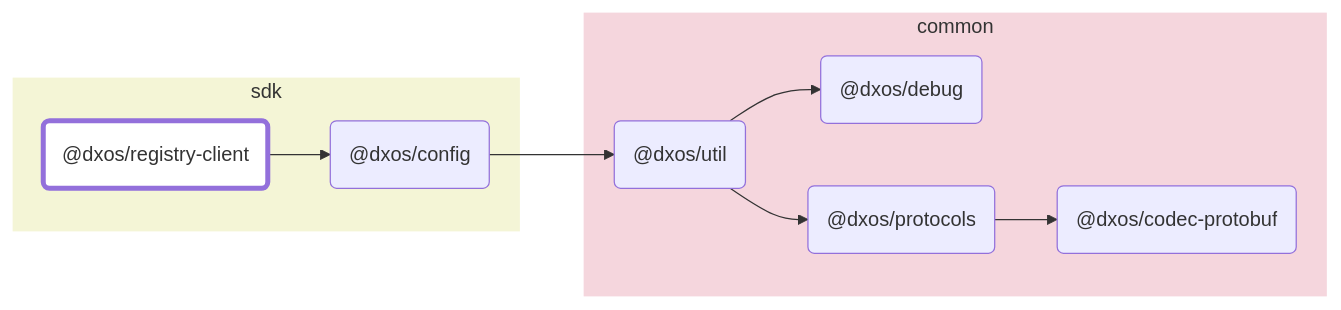
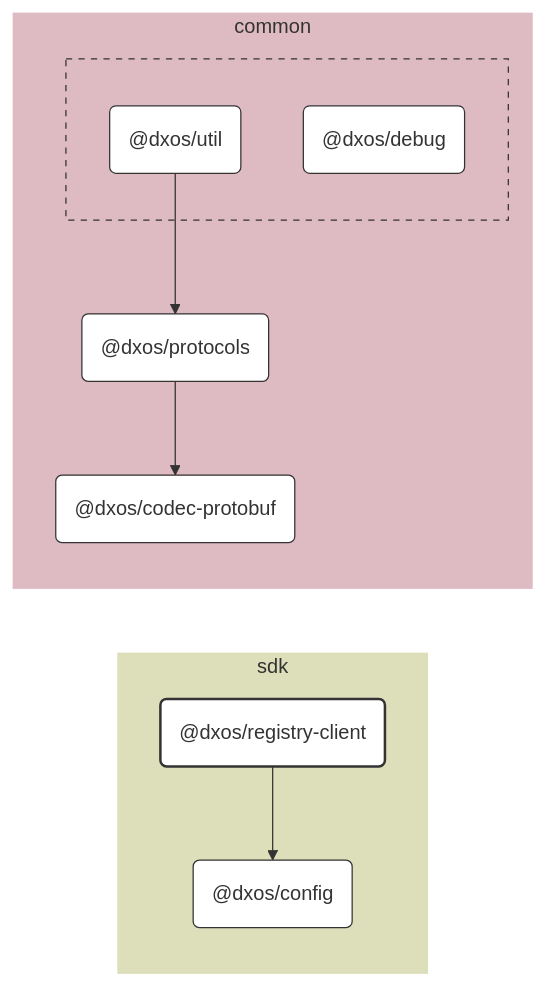
Before and after one commit to dxos/dxos: the diagram in packages/sdk/registry-client/docs/README.md, drawn with Mermaid. The commit also changed 100 other files, not shown here.

````diff
--- a/packages/sdk/registry-client/docs/README.md
+++ b/packages/sdk/registry-client/docs/README.md
@@ -7,31 +7,53 @@
 ```mermaid
-flowchart LR;
+%%{ init: {'flowchart':{'curve':'basis'}} }%%
 
-style dxos/registry-client fill:#fff,stroke-width:4px;
+flowchart LR
 
-click dxos/codec-protobuf "https:/github.com/dxos/dxos/tree/main/packages/common/codec-protobuf/docs";
-click dxos/config "https:/github.com/dxos/dxos/tree/main/packages/sdk/config/docs";
-click dxos/debug "https:/github.com/dxos/dxos/tree/main/packages/common/debug/docs";
-click dxos/protocols "https:/github.com/dxos/dxos/tree/main/packages/common/protocols/docs";
-click dxos/util "https:/github.com/dxos/dxos/tree/main/packages/common/util/docs";
+%% Links
+dxos/protocols --> dxos/codec-protobuf;
+dxos/registry-client --> dxos/config;
+dxos/util --> dxos/protocols;
 
+%% Sections
 subgraph sdk
-  style sdk fill:#f4f5d6,stroke:#fff;
-  dxos/registry-client("@dxos/registry-client");
-  dxos/config("@dxos/config");
+  style sdk fill:#dddeba,stroke:#fff;
+
+  dxos/config("@dxos/config")
+  dxos/registry-client("@dxos/registry-client")
 end
 
 subgraph common
-  style common fill:#f5d6dd,stroke:#fff;
-  dxos/codec-protobuf("@dxos/codec-protobuf");
-  dxos/debug("@dxos/debug");
-  dxos/protocols("@dxos/protocols");
-  dxos/util("@dxos/util");
+  style common fill:#debac2,stroke:#fff;
+
+  dxos/codec-protobuf("@dxos/codec-protobuf")
+  dxos/protocols("@dxos/protocols")
+
+  subgraph common-excluded [ ]
+    style common-excluded fill:#debac2,stroke:#333,stroke-dasharray:5 5;
+
+    dxos/debug("@dxos/debug")
+    dxos/util("@dxos/util")
+  end
 end
 
-dxos/registry-client --> dxos/config;
-dxos/protocols --> dxos/codec-protobuf;
-dxos/config --> dxos/util;
-dxos/util --> dxos/debug;
-dxos/util --> dxos/protocols;
+
+%% Hyperlinks
+click dxos/codec-protobuf href "https:/github.com/dxos/dxos/tree/main/packages/common/codec-protobuf/docs";
+click dxos/config href "https:/github.com/dxos/dxos/tree/main/packages/sdk/config/docs";
+click dxos/debug href "https:/github.com/dxos/dxos/tree/main/packages/common/debug/docs";
+click dxos/protocols href "https:/github.com/dxos/dxos/tree/main/packages/common/protocols/docs";
+click dxos/util href "https:/github.com/dxos/dxos/tree/main/packages/common/util/docs";
+
+%% Styles
+classDef rootNode fill:#fff,stroke:#333,stroke-width:2px
+classDef defaultNode fill:#fff,stroke:#333,stroke-width:1px
+linkStyle default stroke:#333,stroke-width:1px
+
+dxos/registry-client:::rootNode
+
+dxos/codec-protobuf:::defaultNode
+dxos/config:::defaultNode
+dxos/debug:::defaultNode
+dxos/protocols:::defaultNode
+dxos/util:::defaultNode
 ```
````
